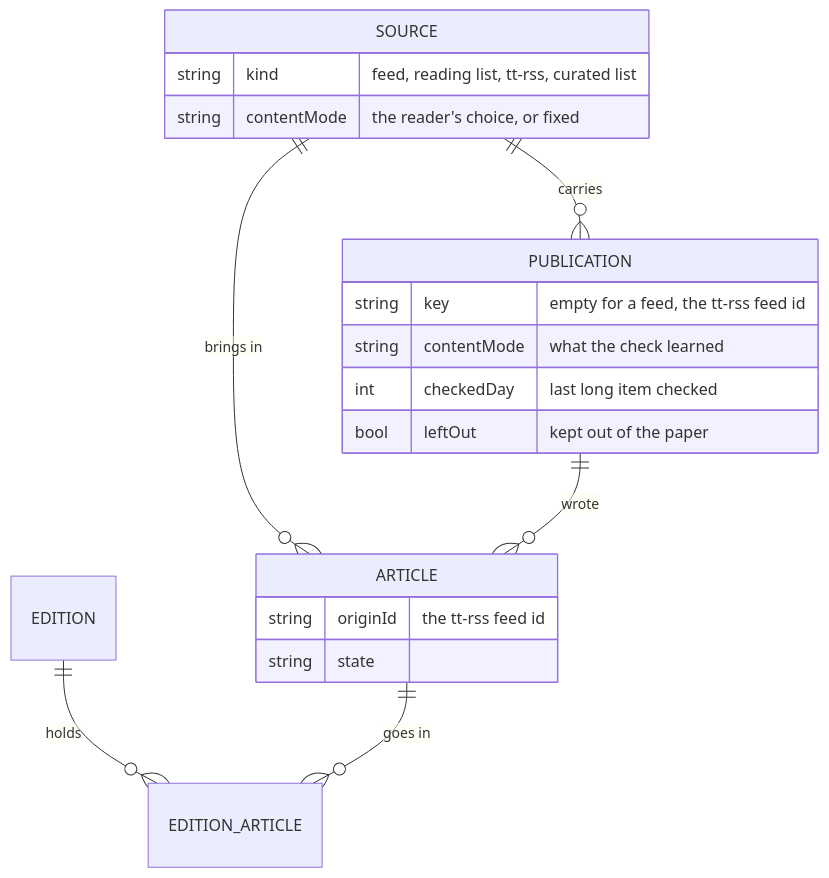
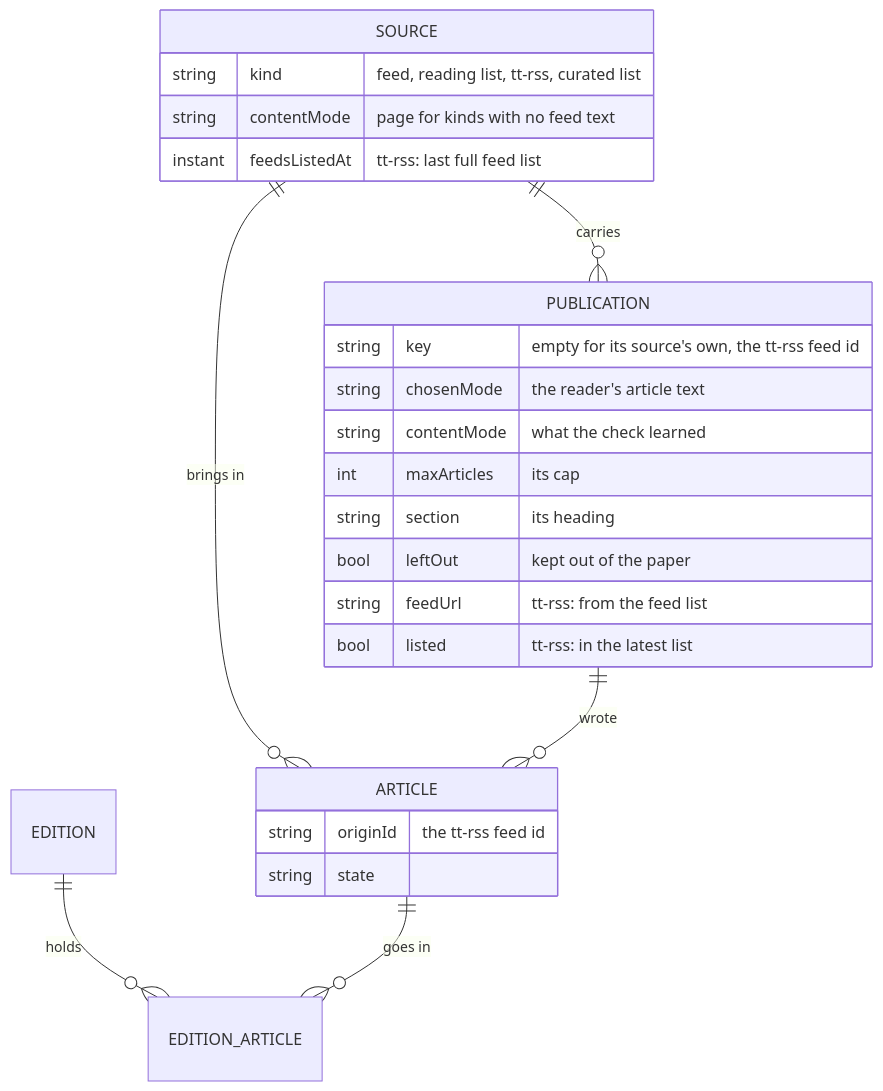
One commit to madCode/newspaperss changed the first of 2 diagrams in docs/DESIGN.md. Above: the diagram before and after it, drawn with Mermaid. The commit also changed other lines of this file and 32 other files, not shown here.

First line of the commit message:
Your tt-rss feeds on Sources, each with a page; settings per publication

````diff
--- a/docs/DESIGN.md
+++ b/docs/DESIGN.md
@@ -405,22 +424,27 @@
 ```mermaid
 erDiagram
     SOURCE ||--o{ PUBLICATION : carries
     SOURCE ||--o{ ARTICLE : "brings in"
     PUBLICATION ||--o{ ARTICLE : "wrote"
     EDITION ||--o{ EDITION_ARTICLE : holds
     ARTICLE ||--o{ EDITION_ARTICLE : "goes in"
     SOURCE {
         string kind "feed, reading list, tt-rss, curated list"
-        string contentMode "the reader's choice, or fixed"
+        string contentMode "page for kinds with no feed text"
+        instant feedsListedAt "tt-rss: last full feed list"
     }
     PUBLICATION {
-        string key "empty for a feed, the tt-rss feed id"
+        string key "empty for its source's own, the tt-rss feed id"
+        string chosenMode "the reader's article text"
         string contentMode "what the check learned"
-        int checkedDay "last long item checked"
+        int maxArticles "its cap"
+        string section "its heading"
         bool leftOut "kept out of the paper"
+        string feedUrl "tt-rss: from the feed list"
+        bool listed "tt-rss: in the latest list"
     }
     ARTICLE {
         string originId "the tt-rss feed id"
         string state
     }
 ```
````
